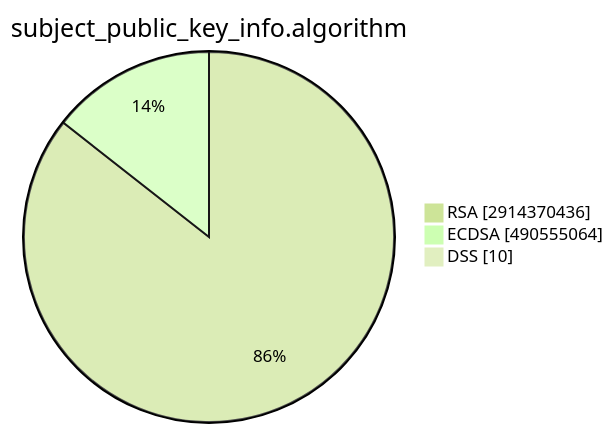
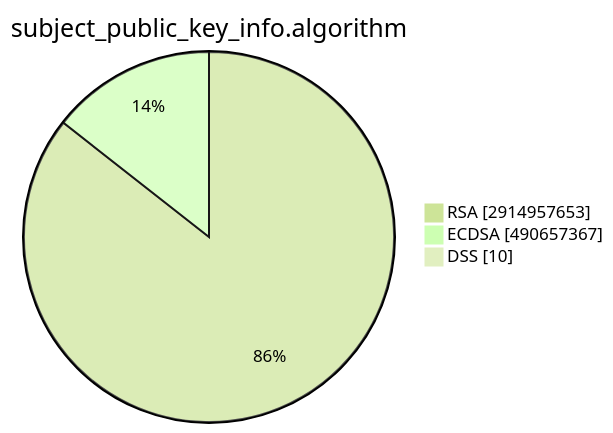
The second of 15 diagrams in TOTAL/README.md (christiankrug/ctmonitor_visualization), drawn with Mermaid (forest theme) before and after one commit. The commit also changed other lines of this file, not shown here.

````diff
--- a/TOTAL/README.md
+++ b/TOTAL/README.md
@@ -6,7 +6,7 @@
 ```mermaid
 pie showData
 title subject_public_key_info.algorithm
-"RSA" :2914370436
-"ECDSA" :490555064
+"RSA" :2914957653
+"ECDSA" :490657367
 "DSS" :10
 ```
````
